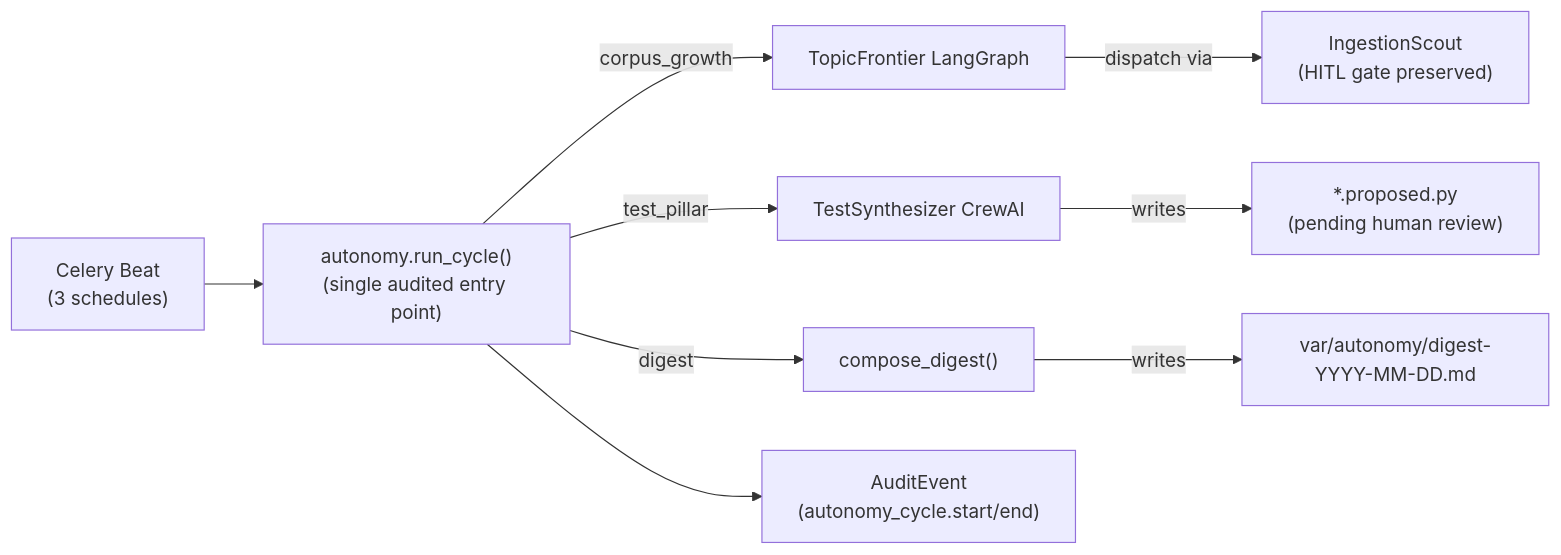
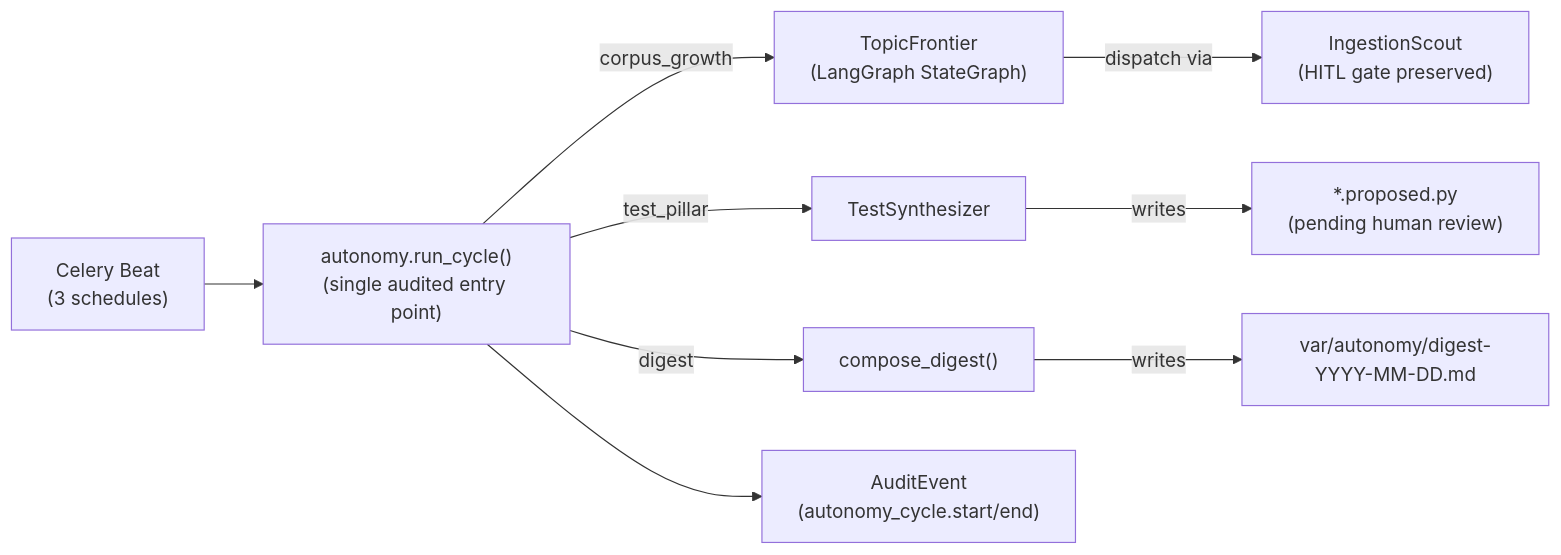
One commit to bamr87/law-ai changed the second of 2 diagrams in docs/architecture.md. Above: the diagram before and after it, drawn with Mermaid. The commit also changed other lines of this file and 76 other files, not shown here.

````diff
--- a/docs/architecture.md
+++ b/docs/architecture.md
@@ -79,11 +86,11 @@
 ```mermaid
 flowchart LR
   Beat["Celery Beat\n(3 schedules)"] --> Entry["autonomy.run_cycle()\n(single audited entry point)"]
-  Entry -->|corpus_growth| TF["TopicFrontier LangGraph"]
-  Entry -->|test_pillar| TS["TestSynthesizer CrewAI"]
+  Entry -->|corpus_growth| TF["TopicFrontier\n(LangGraph StateGraph)"]
+  Entry -->|test_pillar| TS["TestSynthesizer"]
   Entry -->|digest| Digest["compose_digest()"]
   TF -->|dispatch via| Scout["IngestionScout\n(HITL gate preserved)"]
   TS -->|writes| Proposed["*.proposed.py\n(pending human review)"]
   Digest -->|writes| DigestFile["var/autonomy/digest-YYYY-MM-DD.md"]
   Entry --> Provenance["AuditEvent\n(autonomy_cycle.start/end)"]
 ```
````
